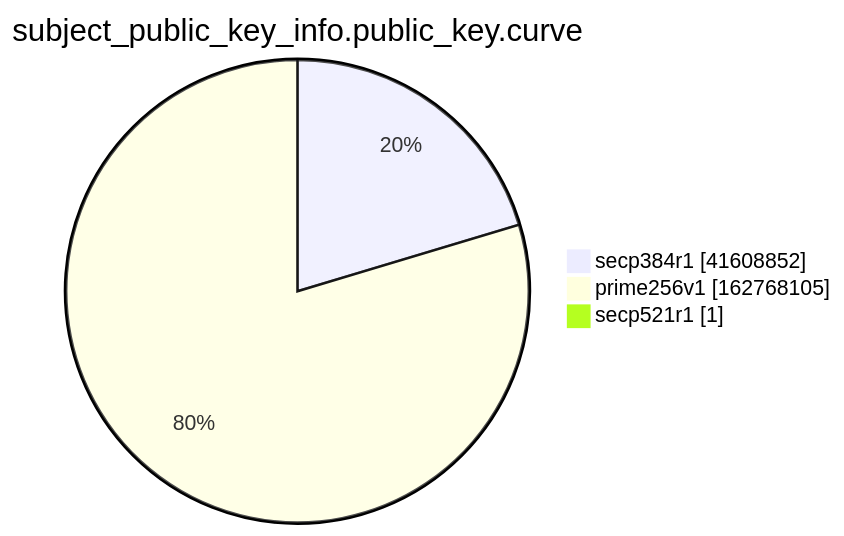
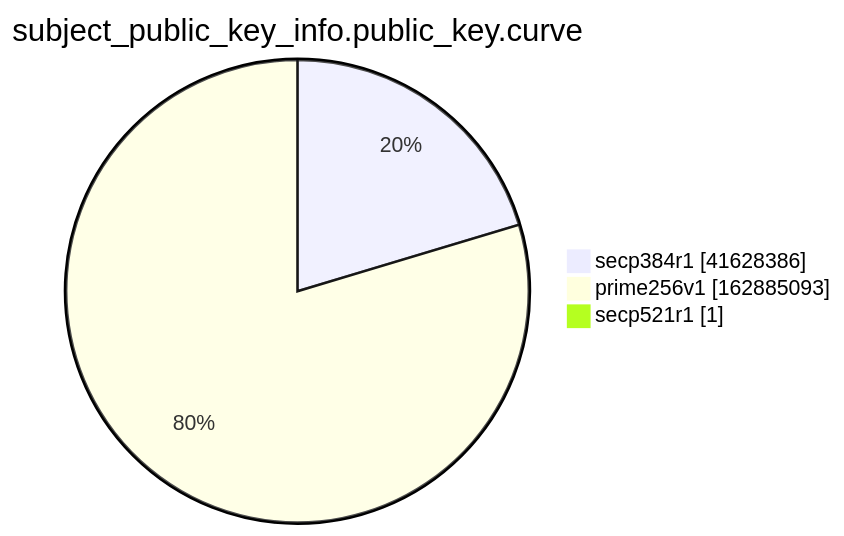
The ninth of 15 diagrams in xenon2022/README.md (christiankrug/ctmonitor_visualization), drawn with Mermaid before and after one commit. The commit also changed other lines of this file, not shown here.

````diff
--- a/xenon2022/README.md
+++ b/xenon2022/README.md
@@ -2868,7 +2868,7 @@
 ```mermaid
 pie showData
 title subject_public_key_info.public_key.curve
-"secp384r1" :41608852
-"prime256v1" :162768105
+"secp384r1" :41628386
+"prime256v1" :162885093
 "secp521r1" :1
 ```
````
